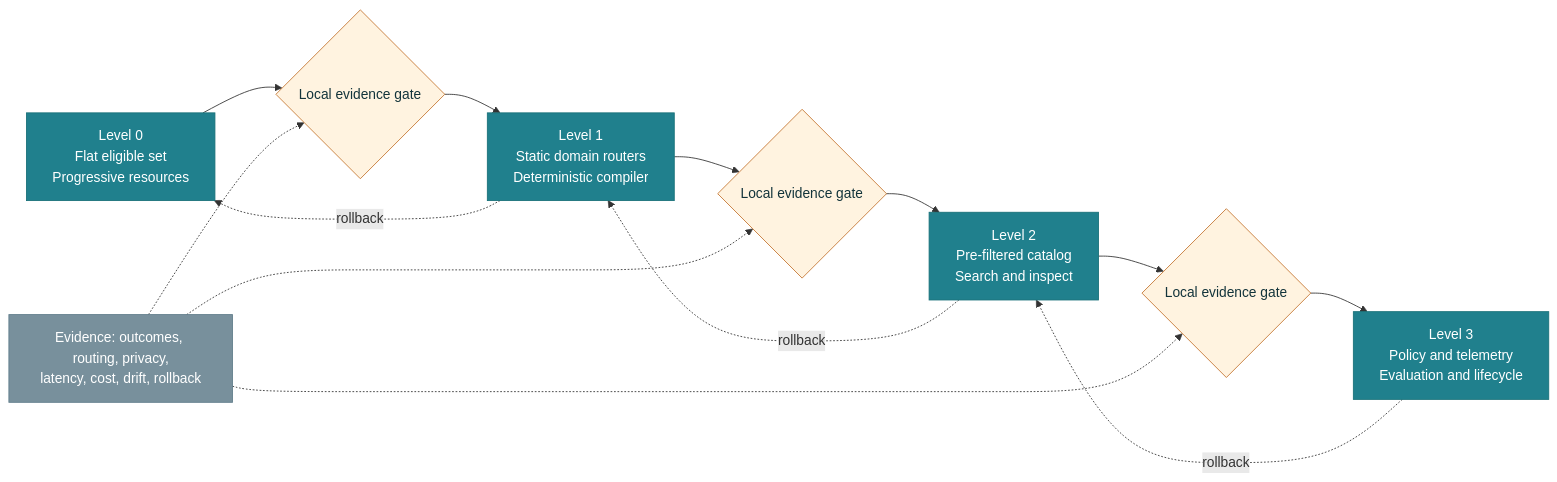
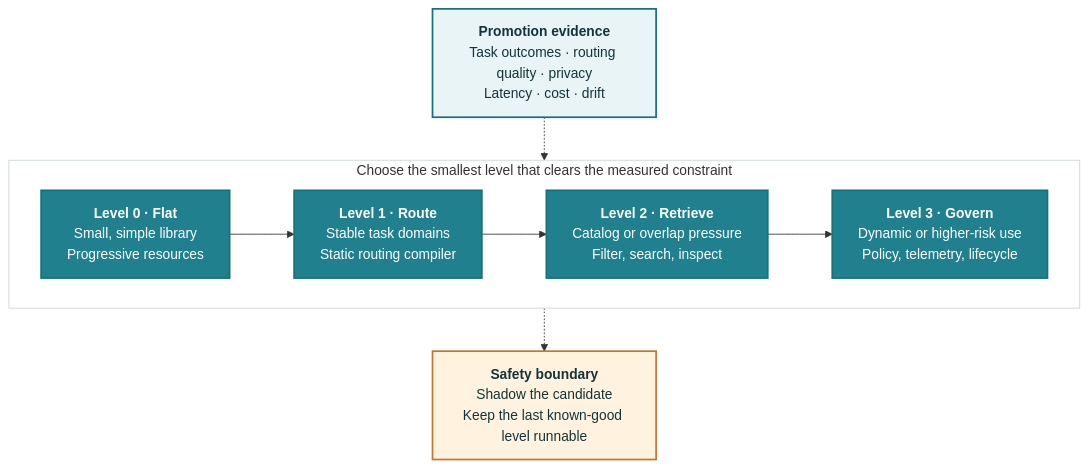
The diagram in docs/diagrams/src/architecture-levels.mmd (jremick/skill-library-reference-architecture), drawn with Mermaid before and after one commit. The commit also changed 12 other files, not shown here.

Commit message:
Add architecture visuals and social preview

```diff
--- a/docs/diagrams/src/architecture-levels.mmd
+++ b/docs/diagrams/src/architecture-levels.mmd
@@ -1,29 +1,29 @@
-flowchart LR
-  accTitle: Four architecture levels
-  accDescr: The architecture grows from a flat skill set to static domain routers, filtered catalog retrieval, and a fully governed retrieval-served platform. Configured evidence gates separate every level.
+flowchart TB
+  accTitle: Four evidence-led architecture levels
+  accDescr: Start with a flat library, then add static routing, filtered retrieval, and governed runtime controls only when measured local pressure justifies the next level. Every promotion preserves a rollback path.
 
-  L0["Level 0<br/>Flat eligible set<br/>Progressive resources"]
-  G01{"Local evidence gate"}
-  L1["Level 1<br/>Static domain routers<br/>Deterministic compiler"]
-  G12{"Local evidence gate"}
-  L2["Level 2<br/>Pre-filtered catalog<br/>Search and inspect"]
-  G23{"Local evidence gate"}
-  L3["Level 3<br/>Policy and telemetry<br/>Evaluation and lifecycle"]
+  E["<b>Promotion evidence</b><br/>Task outcomes · routing quality · privacy<br/>Latency · cost · drift"]
+  R["<b>Safety boundary</b><br/>Shadow the candidate<br/>Keep the last known-good level runnable"]
 
-  L0 --> G01 --> L1 --> G12 --> L2 --> G23 --> L3
-  L3 -. "rollback" .-> L2
-  L2 -. "rollback" .-> L1
-  L1 -. "rollback" .-> L0
+  subgraph levels["Choose the smallest level that clears the measured constraint"]
+    direction LR
+    L0["<b>Level 0 · Flat</b><br/>Small, simple library<br/>Progressive resources"]
+    L1["<b>Level 1 · Route</b><br/>Stable task domains<br/>Static routing compiler"]
+    L2["<b>Level 2 · Retrieve</b><br/>Catalog or overlap pressure<br/>Filter, search, inspect"]
+    L3["<b>Level 3 · Govern</b><br/>Dynamic or higher-risk use<br/>Policy, telemetry, lifecycle"]
 
-  E["Evidence: outcomes, routing, privacy,<br/>latency, cost, drift, rollback"]
-  E -.-> G01
-  E -.-> G12
-  E -.-> G23
+    L0 --> L1 --> L2 --> L3
+  end
 
-  classDef level fill:#20808D,stroke:#187078,color:#FFFFFF;
-  classDef gate fill:#FFF3E0,stroke:#C47530,color:#13343B;
-  classDef evidence fill:#78909C,stroke:#607D8B,color:#FFFFFF;
+  E -.-> levels
+  levels -.-> R
+
+  classDef level fill:#20808D,stroke:#187078,color:#FFFFFF,stroke-width:2px;
+  classDef evidence fill:#E8F4F6,stroke:#187078,color:#13343B,stroke-width:2px;
+  classDef rollback fill:#FFF3E0,stroke:#C47530,color:#13343B,stroke-width:2px;
 
   class L0,L1,L2,L3 level;
-  class G01,G12,G23 gate;
   class E evidence;
+  class R rollback;
+
+  style levels fill:#FFFFFF,stroke:#CBD5DA,stroke-width:1px
```
